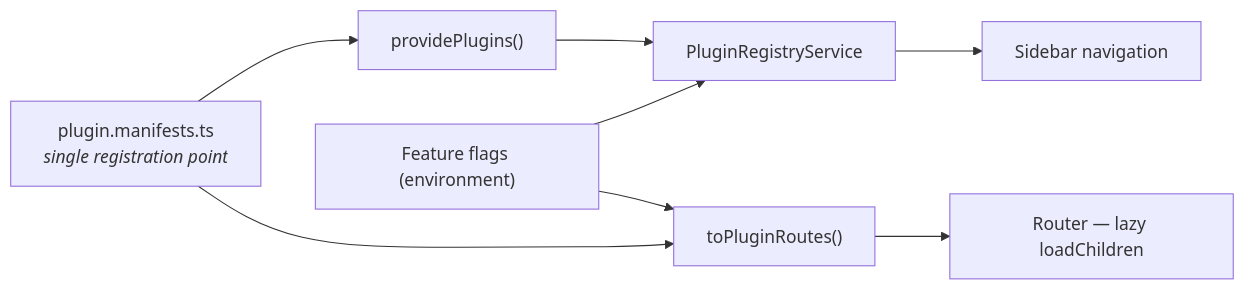
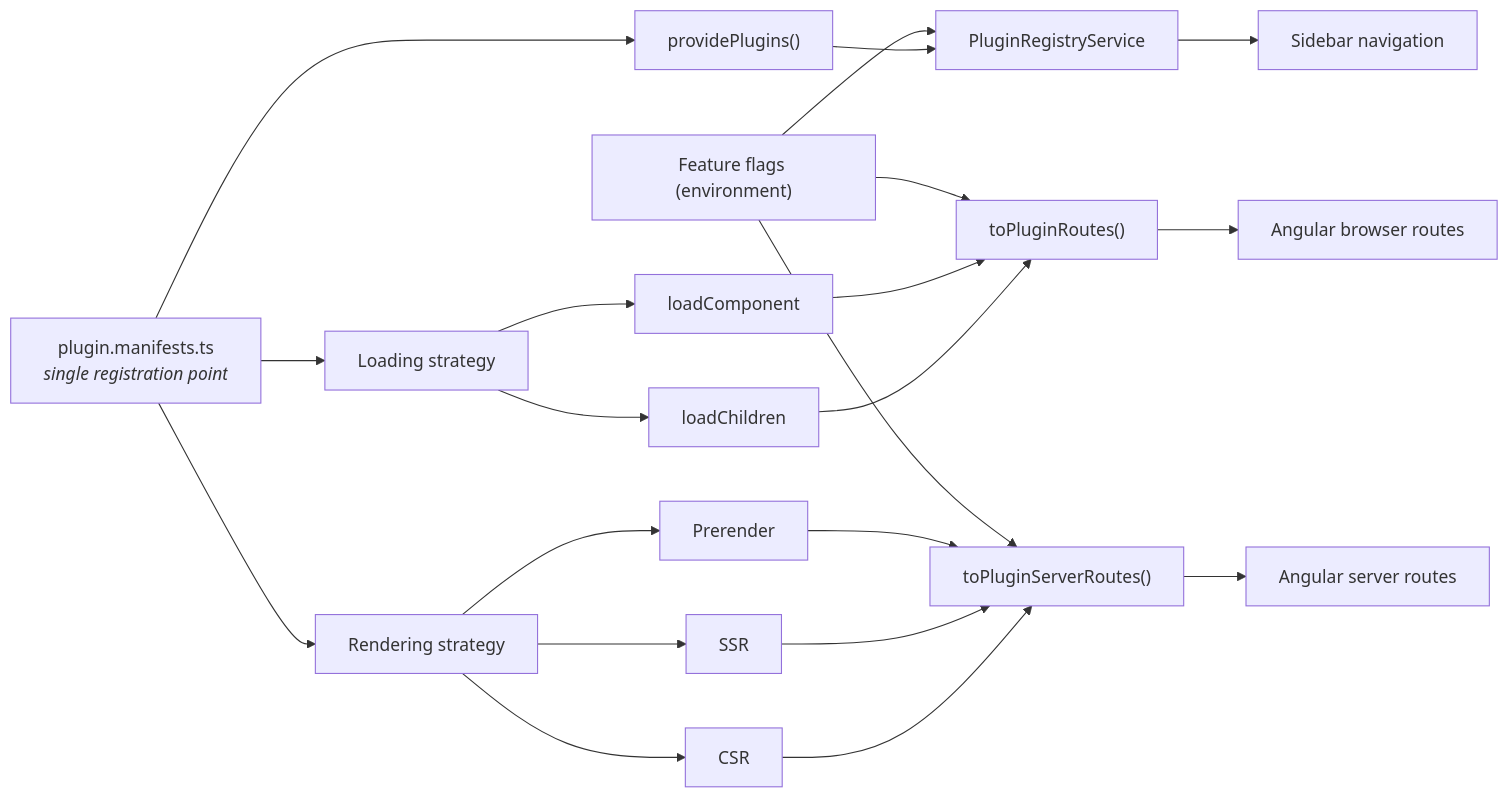
One commit to gauravmehta27/rimss changed the second of 2 diagrams in docs/01-solution-approach.md. Above: the diagram before and after it, drawn with Mermaid. The commit also changed other lines of this file and 11 other files, not shown here.

````diff
--- a/docs/01-solution-approach.md
+++ b/docs/01-solution-approach.md
@@ -63,10 +66,20 @@
 ```mermaid
 flowchart LR
   MAN["plugin.manifests.ts<br/><i>single registration point</i>"] --> PROV["providePlugins()"]
-  MAN --> RT["toPluginRoutes()"]
+  MAN --> LOAD["Loading strategy"]
+  MAN --> RENDER["Rendering strategy"]
+  LOAD --> CHILDREN["loadChildren"]
+  LOAD --> COMPONENT["loadComponent"]
+  RENDER --> CSR["CSR"]
+  RENDER --> SSR["SSR"]
+  RENDER --> SSG["Prerender"]
+  CHILDREN & COMPONENT --> RT["toPluginRoutes()"]
+  CSR & SSR & SSG --> SRT["toPluginServerRoutes()"]
   PROV --> REG["PluginRegistryService"]
   REG --> NAV["Sidebar navigation"]
-  RT --> ROUTER["Router — lazy loadChildren"]
+  RT --> ROUTER["Angular browser routes"]
+  SRT --> SERVER["Angular server routes"]
   FLAGS["Feature flags (environment)"] --> REG
   FLAGS --> RT
+  FLAGS --> SRT
 ```
````
